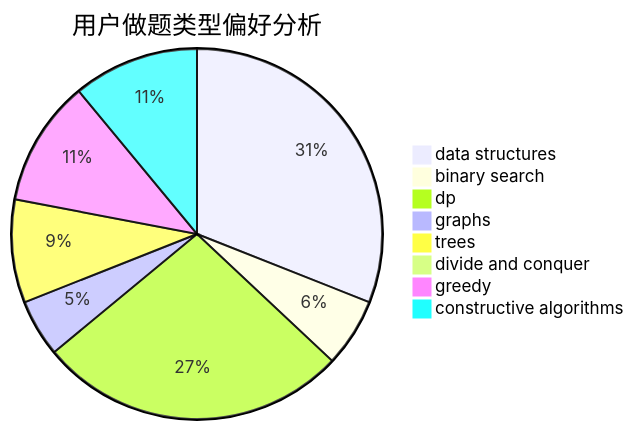
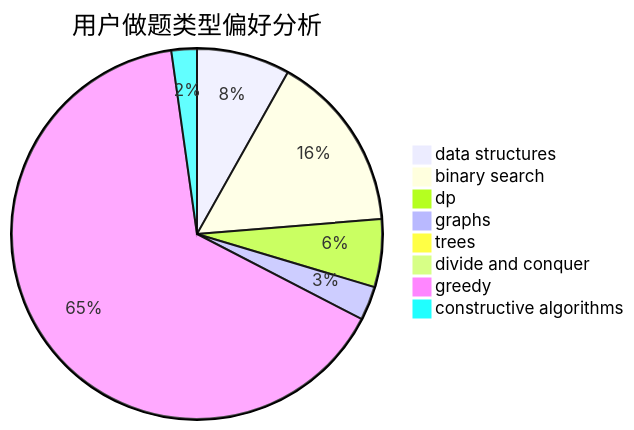
Before and after one commit to sherpahu/cfrs.github.io: the second of 3 diagrams in docs/user/u2441.md, drawn with Mermaid. The commit also changed other lines of this file and 2770 other files, not shown here.

````diff
--- a/docs/user/u2441.md
+++ b/docs/user/u2441.md
@@ -23,11 +23,11 @@
 ```mermaid
 pie title 用户做题类型偏好分析
-    "data structures" :  31
-    "binary search" :  6
-    "dp" :  27
-    "graphs" :  5
-    "trees" :  9
+    "data structures" :  11
+    "binary search" :  21
+    "dp" :  8
+    "graphs" :  4
+    "trees" :  0
     "divide and conquer" :  0
-    "greedy" :  11
-    "constructive algorithms" :  11
+    "greedy" :  88
+    "constructive algorithms" :  3
 ```
````
